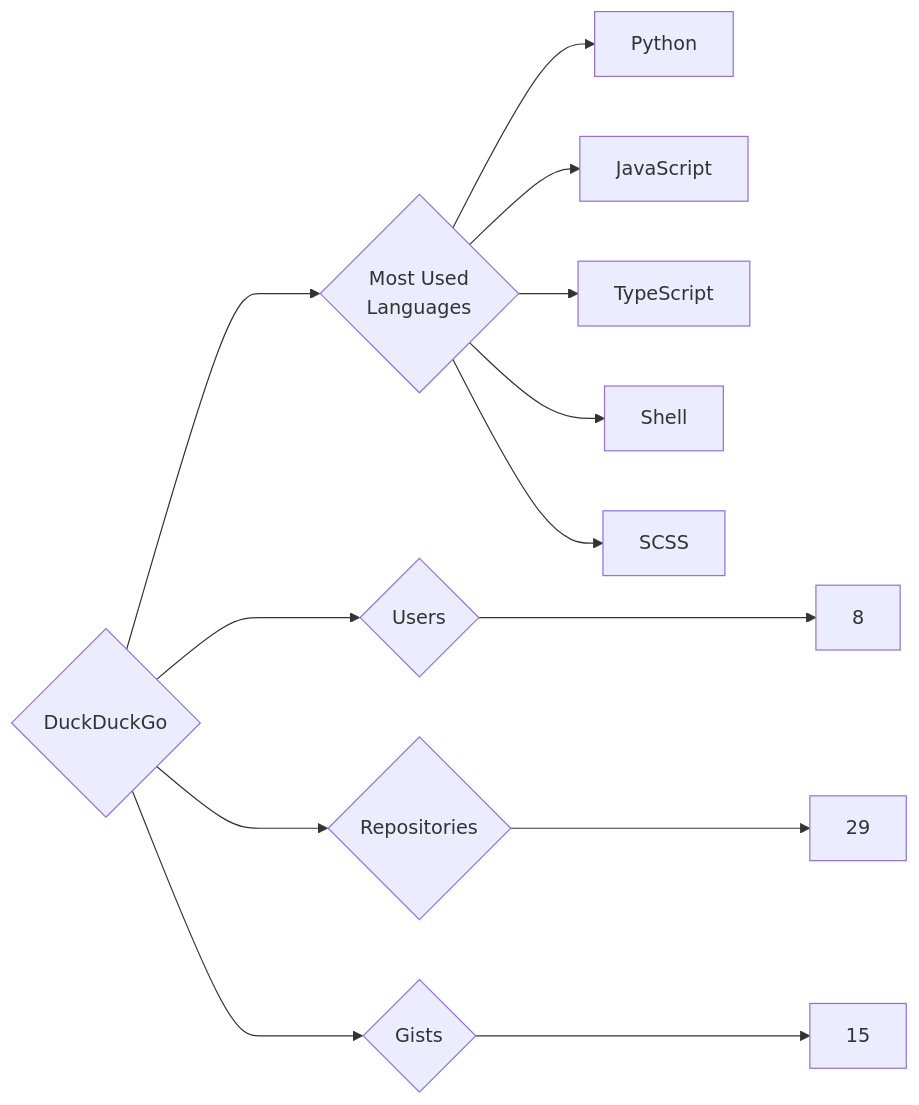
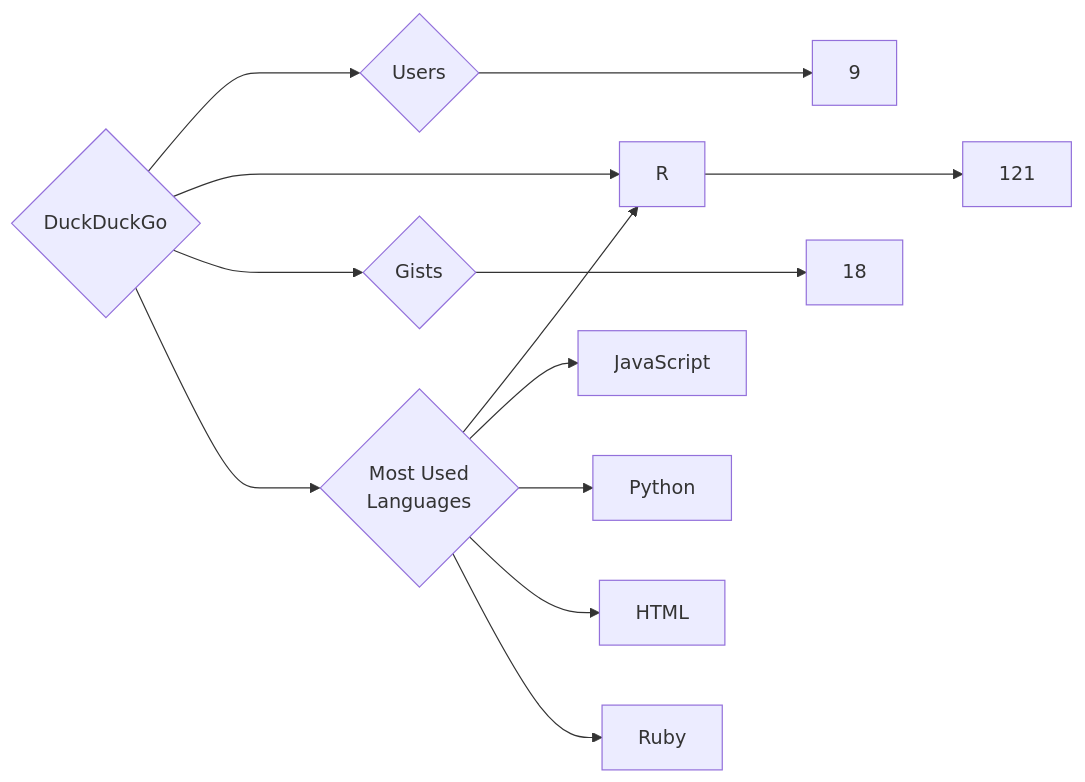
The diagram in targets/DuckDuckGo/README.md (trickest/insiders), drawn with Mermaid before and after one commit. The commit also changed 1149 other files, not shown here.

````diff
--- a/targets/DuckDuckGo/README.md
+++ b/targets/DuckDuckGo/README.md
@@ -3,13 +3,13 @@
 ```mermaid
 graph LR
 COMPANY_NAME{DuckDuckGo}
-COMPANY_NAME ---> U{Users} ---> UN[8]
-COMPANY_NAME ---> R{Repositories} ---> RN[29]
-COMPANY_NAME ---> G{Gists} ---> GN[15]
+COMPANY_NAME ---> U{Users} ---> UN[9]
+COMPANY_NAME ---> R{Repositories} ---> RN[121]
+COMPANY_NAME ---> G{Gists} ---> GN[18]
 COMPANY_NAME ---> ML{Most Used<br>Languages}
+ML --> R[R]
+ML --> JavaScript[JavaScript]
 ML --> Python[Python]
-ML --> JavaScript[JavaScript]
-ML --> TypeScript[TypeScript]
-ML --> Shell[Shell]
-ML --> SCSS[SCSS]
+ML --> HTML[HTML]
+ML --> Ruby[Ruby]
 ```
````
